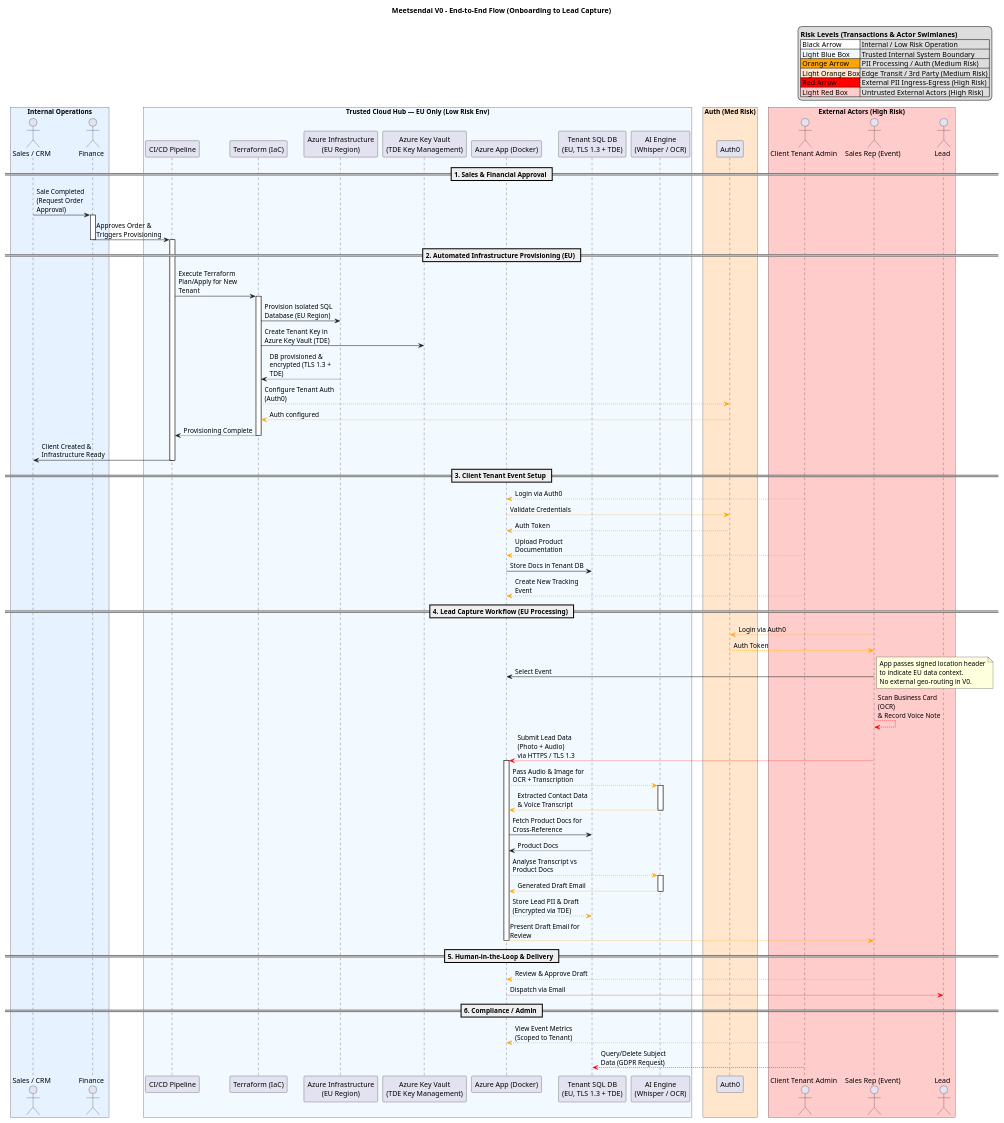
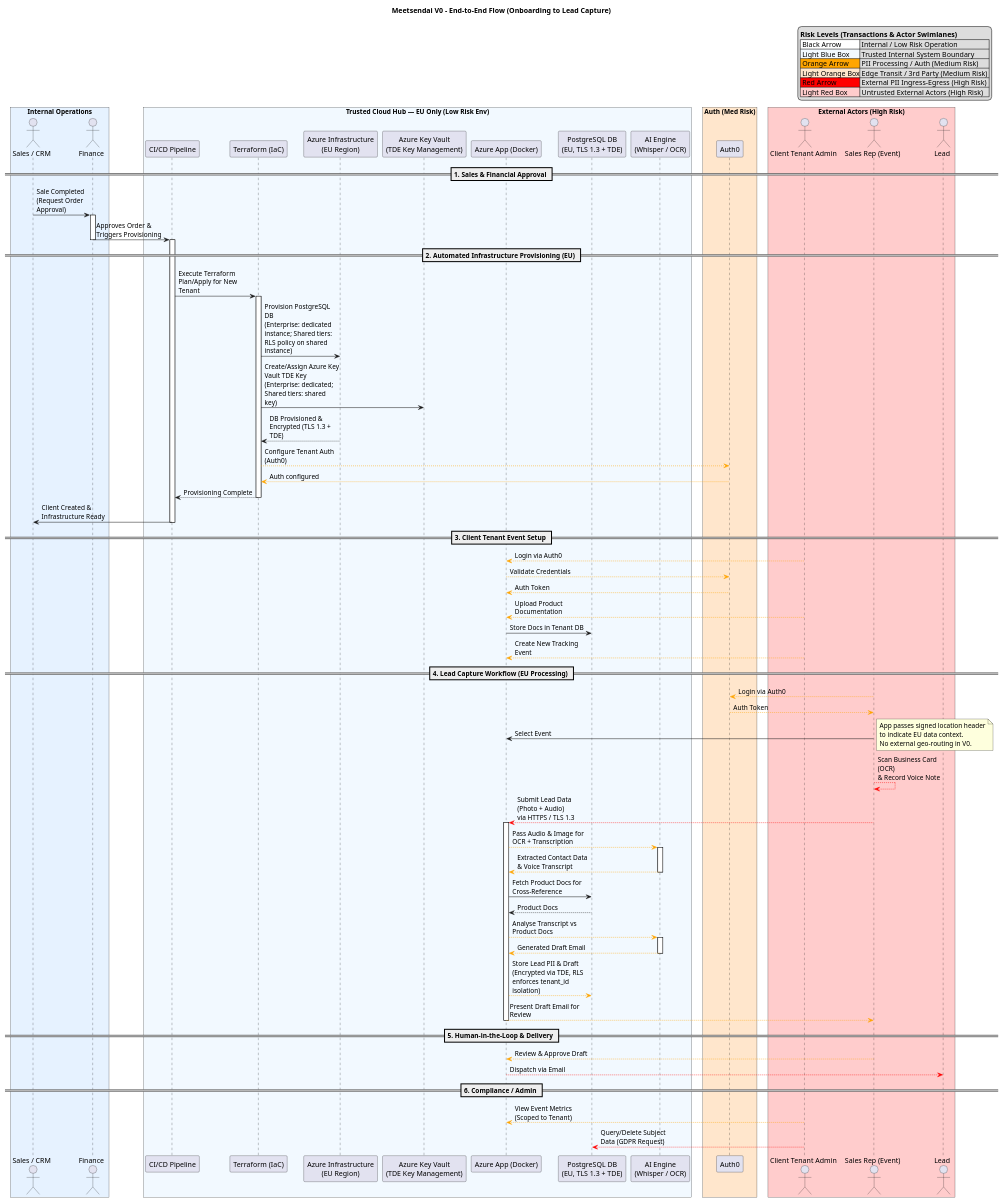
One commit to Bturbs/Threat-Model changed the diagram in threat-models/meetsendai-v0/Assets/Meetsendai_V0_EndToEnd_Sequence.puml. Above: the diagram before and after it, drawn with PlantUML. The commit also changed 17 other files, not shown here.

```diff
--- a/threat-models/meetsendai-v0/Assets/Meetsendai_V0_EndToEnd_Sequence.puml
+++ b/threat-models/meetsendai-v0/Assets/Meetsendai_V0_EndToEnd_Sequence.puml
@@ -1,103 +1,103 @@
 @startuml Meetsendai_V0_EndToEnd_Sequence
 title Meetsendai V0 - End-to-End Flow (Onboarding to Lead Capture)
 skinparam maxMessageSize 150
 skinparam BoxPadding 10
 
 legend top right
   **Risk Levels (Transactions & Actor Swimlanes)**
   |<#White> Black Arrow | Internal / Low Risk Operation |
   |<#F2F9FF> Light Blue Box | Trusted Internal System Boundary |
   |<#Orange> Orange Arrow | PII Processing / Auth (Medium Risk) |
   |<#FFE6CC> Light Orange Box| Edge Transit / 3rd Party (Medium Risk) |
   |<#Red> Red Arrow | External PII Ingress-Egress (High Risk) |
   |<#FFCCCC> Light Red Box| Untrusted External Actors (High Risk) |
 endlegend
 
 box "Internal Operations" #E6F2FF
 actor "Sales / CRM" as CRM
 actor "Finance" as Finance
 end box
 
 box "Trusted Cloud Hub — EU Only (Low Risk Env)" #F2F9FF
 participant "CI/CD Pipeline" as Pipeline
 participant "Terraform (IaC)" as TF
 participant "Azure Infrastructure\n(EU Region)" as Azure
 participant "Azure Key Vault\n(TDE Key Management)" as KV
 participant "Azure App (Docker)" as Docker
-participant "Tenant SQL DB\n(EU, TLS 1.3 + TDE)" as DB
+participant "PostgreSQL DB\n(EU, TLS 1.3 + TDE)" as DB
 participant "AI Engine\n(Whisper / OCR)" as AI
 end box
 
 box "Auth (Med Risk)" #FFE6CC
 participant "Auth0" as IDP
 end box
 
 box "External Actors (High Risk)" #FFCCCC
 actor "Client Tenant Admin" as Admin
 actor "Sales Rep (Event)" as Rep
 actor "Lead" as Lead
 end box
 
 == 1. Sales & Financial Approval ==
 CRM -> Finance: Sale Completed (Request Order Approval)
 activate Finance
 Finance -> Pipeline: Approves Order & Triggers Provisioning
 deactivate Finance
 
 == 2. Automated Infrastructure Provisioning (EU) ==
 activate Pipeline
 Pipeline -> TF: Execute Terraform Plan/Apply for New Tenant
 activate TF
-TF -> Azure: Provision isolated SQL Database (EU Region)
-TF -> KV: Create Tenant Key in Azure Key Vault (TDE)
-Azure --> TF: DB provisioned & encrypted (TLS 1.3 + TDE)
+TF -> Azure: Provision PostgreSQL DB\n(Enterprise: dedicated instance; Shared tiers: RLS policy on shared instance)
+TF -> KV: Create/Assign Azure Key Vault TDE Key\n(Enterprise: dedicated; Shared tiers: shared key)
+Azure --> TF: DB Provisioned & Encrypted (TLS 1.3 + TDE)
 TF -[#orange]-> IDP: Configure Tenant Auth (Auth0)
 IDP --[#orange]-> TF: Auth configured
 TF --> Pipeline: Provisioning Complete
 deactivate TF
 Pipeline -> CRM: Client Created & Infrastructure Ready
 deactivate Pipeline
 
 == 3. Client Tenant Event Setup ==
 Admin -[#orange]-> Docker: Login via Auth0
 Docker -[#orange]-> IDP: Validate Credentials
 IDP --[#orange]-> Docker: Auth Token
 Admin -[#orange]-> Docker: Upload Product Documentation
 Docker -> DB: Store Docs in Tenant DB
 Admin -[#orange]-> Docker: Create New Tracking Event
 
 == 4. Lead Capture Workflow (EU Processing) ==
 Rep -[#orange]-> IDP: Login via Auth0
 IDP --[#orange]-> Rep: Auth Token
 Rep -> Docker: Select Event
 note right
   App passes signed location header
   to indicate EU data context.
   No external geo-routing in V0.
 end note
 Rep -[#red]-> Rep: Scan Business Card (OCR)\n& Record Voice Note
 Rep -[#red]-> Docker: Submit Lead Data (Photo + Audio)\nvia HTTPS / TLS 1.3
 
 activate Docker
 Docker -[#orange]-> AI: Pass Audio & Image for OCR + Transcription
 activate AI
 AI --[#orange]-> Docker: Extracted Contact Data & Voice Transcript
 deactivate AI
 Docker -> DB: Fetch Product Docs for Cross-Reference
 DB --> Docker: Product Docs
 Docker -[#orange]-> AI: Analyse Transcript vs Product Docs
 activate AI
 AI --[#orange]-> Docker: Generated Draft Email
 deactivate AI
-Docker -[#orange]-> DB: Store Lead PII & Draft (Encrypted via TDE)
+Docker -[#orange]-> DB: Store Lead PII & Draft\n(Encrypted via TDE, RLS enforces tenant_id isolation)
 Docker --[#orange]-> Rep: Present Draft Email for Review
 deactivate Docker
 
 == 5. Human-in-the-Loop & Delivery ==
 Rep -[#orange]-> Docker: Review & Approve Draft
 Docker -[#red]-> Lead: Dispatch via Email
 
 == 6. Compliance / Admin ==
 Admin -[#orange]-> Docker: View Event Metrics (Scoped to Tenant)
 Admin -[#red]-> DB: Query/Delete Subject Data (GDPR Request)
 @enduml
```
